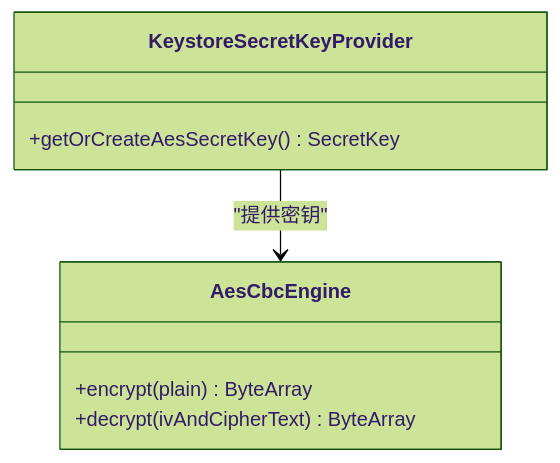
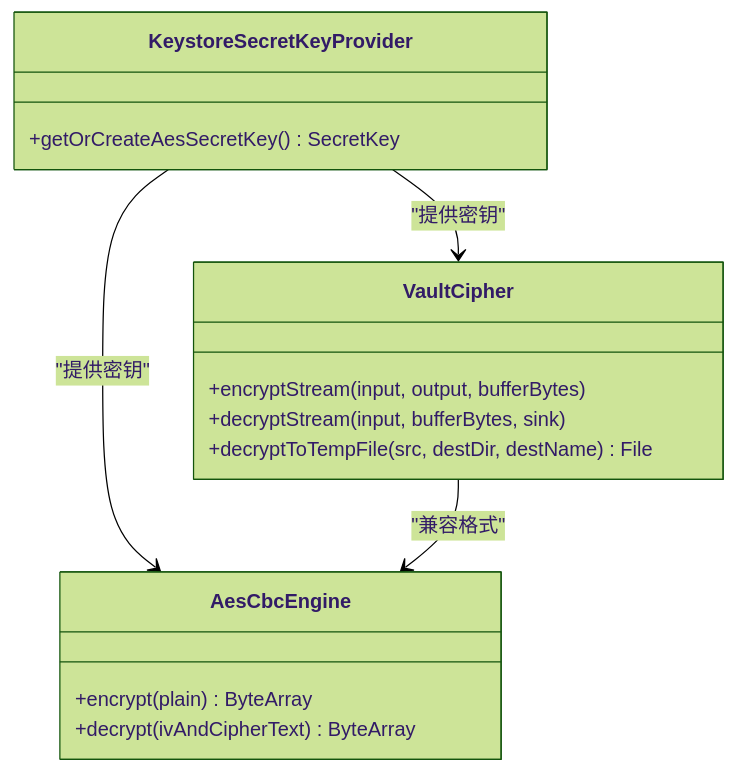
One commit to wanhongbo/ai-photo-vault changed the eighth of 9 diagrams in .qoder/repowiki/zh/content/性能优化/IO优化技术.md. Above: the diagram before and after it, drawn with Mermaid (forest theme). The commit also changed other lines of this file and 22 other files, not shown here.

````diff
--- a/.qoder/repowiki/zh/content/性能优化/IO优化技术.md
+++ b/.qoder/repowiki/zh/content/性能优化/IO优化技术.md
@@ -269,11 +354,18 @@
 ```mermaid
 classDiagram
 class KeystoreSecretKeyProvider {
 +getOrCreateAesSecretKey() SecretKey
 }
 class AesCbcEngine {
 +encrypt(plain) ByteArray
 +decrypt(ivAndCipherText) ByteArray
 }
+class VaultCipher {
++encryptStream(input, output, bufferBytes)
++decryptStream(input, bufferBytes, sink)
++decryptToTempFile(src, destDir, destName) File
+}
 KeystoreSecretKeyProvider --> AesCbcEngine : "提供密钥"
+KeystoreSecretKeyProvider --> VaultCipher : "提供密钥"
+VaultCipher --> AesCbcEngine : "兼容格式"
 ```
````
